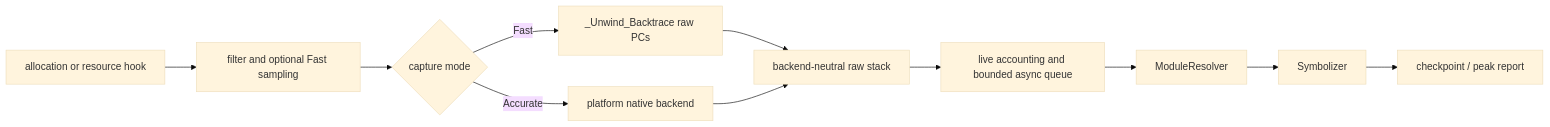
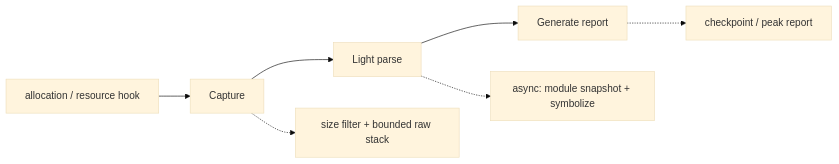
The diagram in README.md (YuleZhang/malloc_hook), drawn with Mermaid (base theme) before and after one commit. The commit also changed other lines of this file and 28 other files, not shown here.

````diff
--- a/README.md
+++ b/README.md
@@ -12,13 +15,9 @@
 ```mermaid
 flowchart LR
-    A[allocation or resource hook] --> B[filter and optional Fast sampling]
-    B --> C{capture mode}
-    C -->|Fast| D[_Unwind_Backtrace raw PCs]
-    C -->|Accurate| E[platform native backend]
-    D --> F[backend-neutral raw stack]
-    E --> F
-    F --> G[live accounting and bounded async queue]
-    G --> H[ModuleResolver]
-    H --> I[Symbolizer]
-    I --> J[checkpoint / peak report]
+    A[allocation / resource hook] --> B[Capture]
+    B --> C[Light parse]
+    C --> D[Generate report]
+    B -.-> B1[size filter + bounded raw stack]
+    C -.-> C1[async: module snapshot + symbolize]
+    D -.-> D1[checkpoint / peak report]
 ```
````
